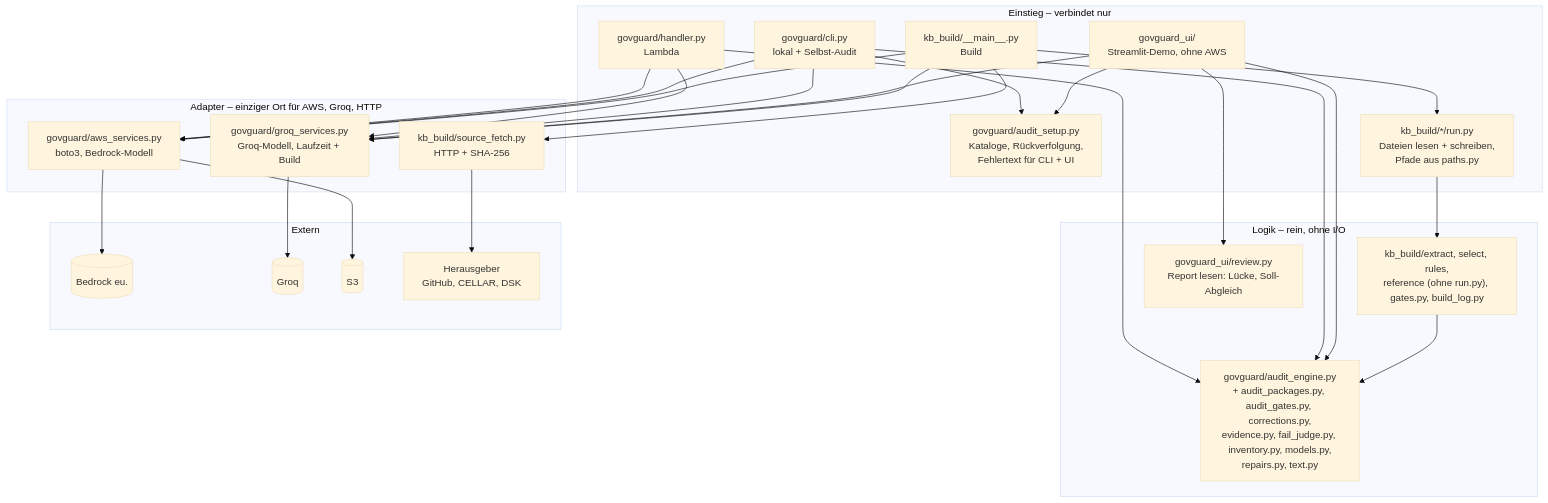
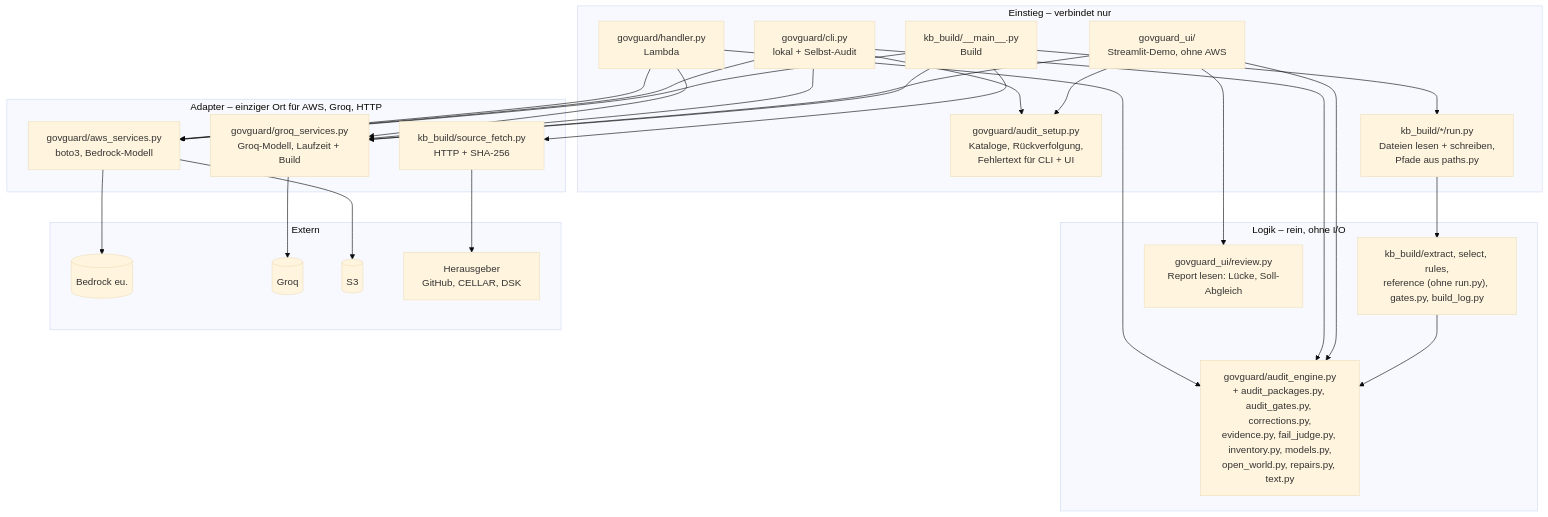
The fourth of 4 diagrams in docs/ARCHITECTURE.md (Daniel74/GovGuard), drawn with Mermaid (base theme) before and after one commit. The commit also changed 20 other files, not shown here.

````diff
--- a/docs/ARCHITECTURE.md
+++ b/docs/ARCHITECTURE.md
@@ -234,38 +234,38 @@
 ```mermaid
 flowchart TB
   subgraph E["Einstieg – verbindet nur"]
     H["govguard/handler.py<br/>Lambda"]
     C["govguard/cli.py<br/>lokal + Selbst-Audit"]
     U["govguard_ui/<br/>Streamlit-Demo, ohne AWS"]
     S["govguard/audit_setup.py<br/>Kataloge, Rückverfolgung,<br/>Fehlertext für CLI + UI"]
     M["kb_build/__main__.py<br/>Build"]
     R["kb_build/*/run.py<br/>Dateien lesen + schreiben,<br/>Pfade aus paths.py"]
   end
   subgraph L["Logik – rein, ohne I/O"]
-    AE["govguard/audit_engine.py<br/>+ audit_packages.py, audit_gates.py, corrections.py,<br/>evidence.py, fail_judge.py, inventory.py, models.py,<br/>repairs.py, text.py"]
+    AE["govguard/audit_engine.py<br/>+ audit_packages.py, audit_gates.py, corrections.py,<br/>evidence.py, fail_judge.py, inventory.py, models.py,<br/>open_world.py, repairs.py, text.py"]
     KB["kb_build/extract, select, rules,<br/>reference (ohne run.py), gates.py, build_log.py"]
     RV["govguard_ui/review.py<br/>Report lesen: Lücke, Soll-Abgleich"]
   end
   subgraph A["Adapter – einziger Ort für AWS, Groq, HTTP"]
     AWS["govguard/aws_services.py<br/>boto3, Bedrock-Modell"]
     GQ["govguard/groq_services.py<br/>Groq-Modell, Laufzeit + Build"]
     FE["kb_build/source_fetch.py<br/>HTTP + SHA-256"]
   end
   subgraph X["Extern"]
     B[("Bedrock eu.")]
     G[("Groq")]
     S3[("S3")]
     HG["Herausgeber<br/>GitHub, CELLAR, DSK"]
   end
   H & C & U --> AE
   H & C --> AWS
   H & C & U --> GQ
   C & U --> S
   U --> RV
   M --> R --> KB
   M --> AWS & GQ & FE
   KB --> AE
   AWS --> B & S3
   GQ --> G
   FE --> HG
 ```
````
